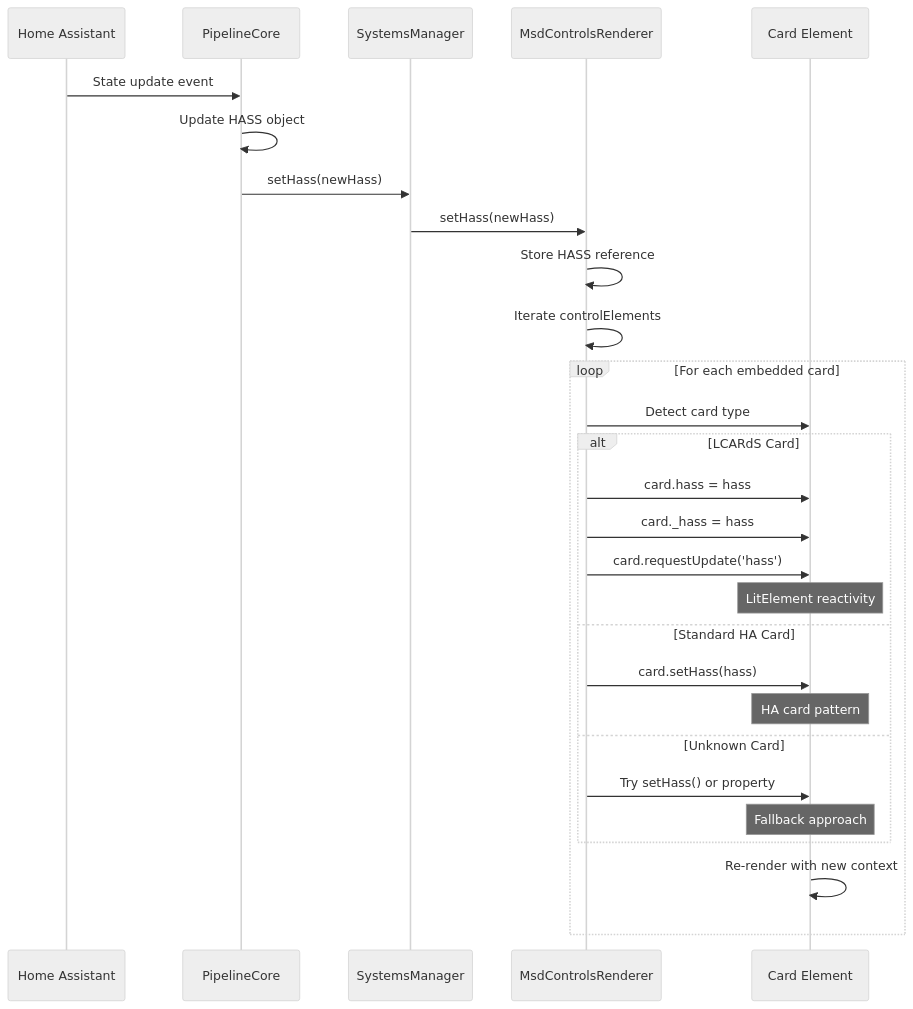
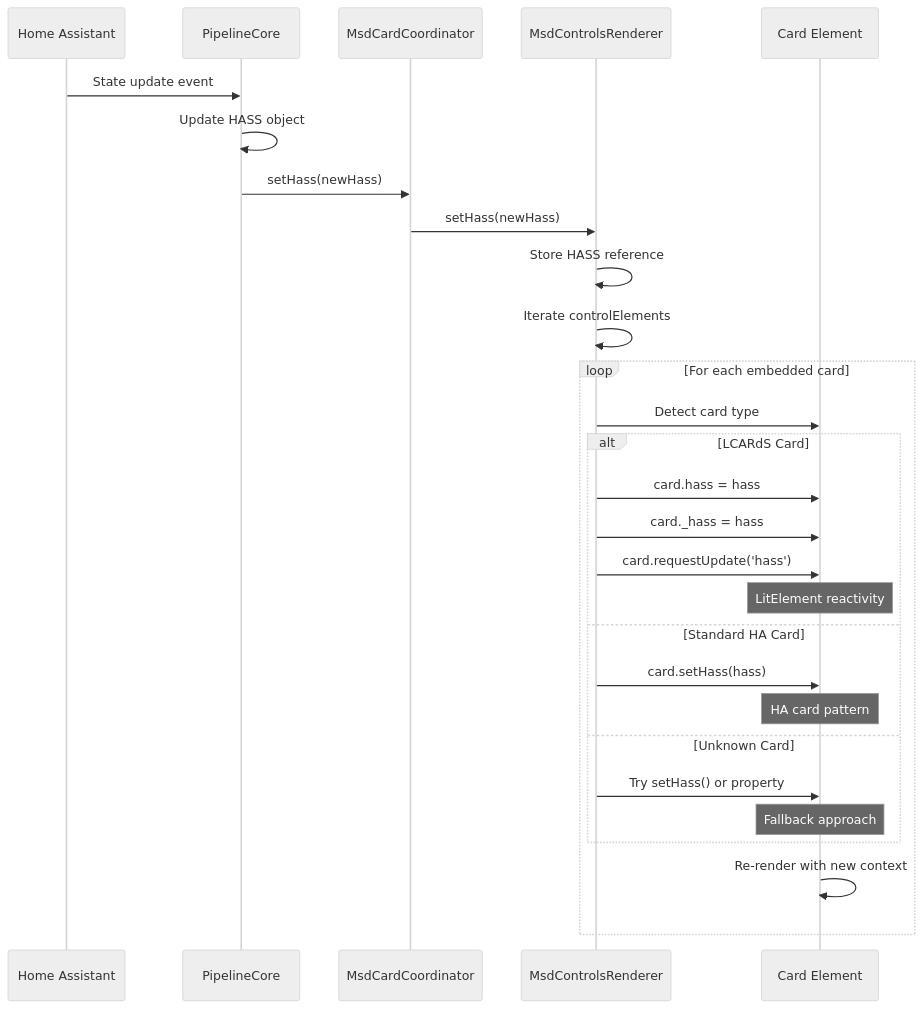
Before and after one commit to solhuebner/lcards: the fourth of 9 diagrams in doc/architecture/subsystems/control-overlay-system.md, drawn with Mermaid (neutral theme). The commit also changed other lines of this file and 22 other files, not shown here.

Commit message:
Phase 2: Rename SystemsManager to MsdCardCoordinator in code and documentation

````diff
--- a/doc/architecture/subsystems/control-overlay-system.md
+++ b/doc/architecture/subsystems/control-overlay-system.md
@@ -217,35 +217,35 @@
 ```mermaid
 sequenceDiagram
     participant HA as Home Assistant
     participant Pipeline as PipelineCore
-    participant Systems as SystemsManager
+    participant Systems as MsdCardCoordinator
     participant Controls as MsdControlsRenderer
     participant Card as Card Element
 
     HA->>Pipeline: State update event
     Pipeline->>Pipeline: Update HASS object
     Pipeline->>Systems: setHass(newHass)
     Systems->>Controls: setHass(newHass)
 
     Controls->>Controls: Store HASS reference
     Controls->>Controls: Iterate controlElements
 
     loop For each embedded card
         Controls->>Card: Detect card type
 
         alt LCARdS Card
             Controls->>Card: card.hass = hass
             Controls->>Card: card._hass = hass
             Controls->>Card: card.requestUpdate('hass')
             Note over Card: LitElement reactivity
         else Standard HA Card
             Controls->>Card: card.setHass(hass)
             Note over Card: HA card pattern
         else Unknown Card
             Controls->>Card: Try setHass() or property
             Note over Card: Fallback approach
         end
 
         Card->>Card: Re-render with new context
     end
 ```
````
